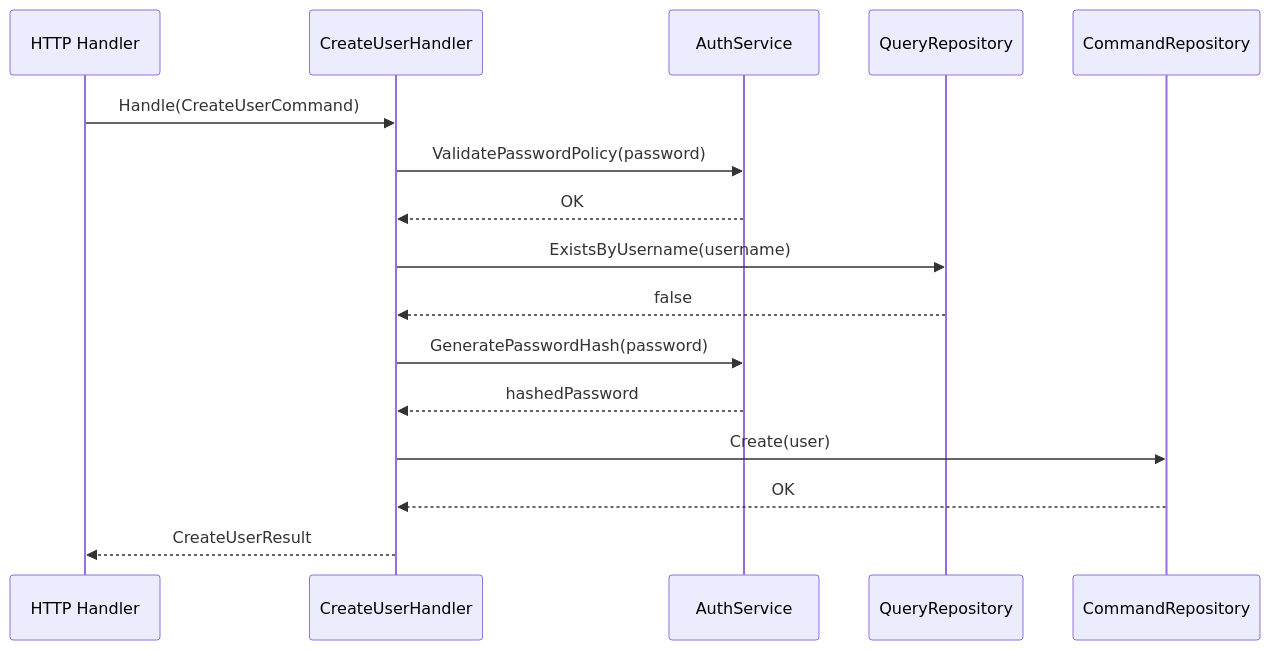
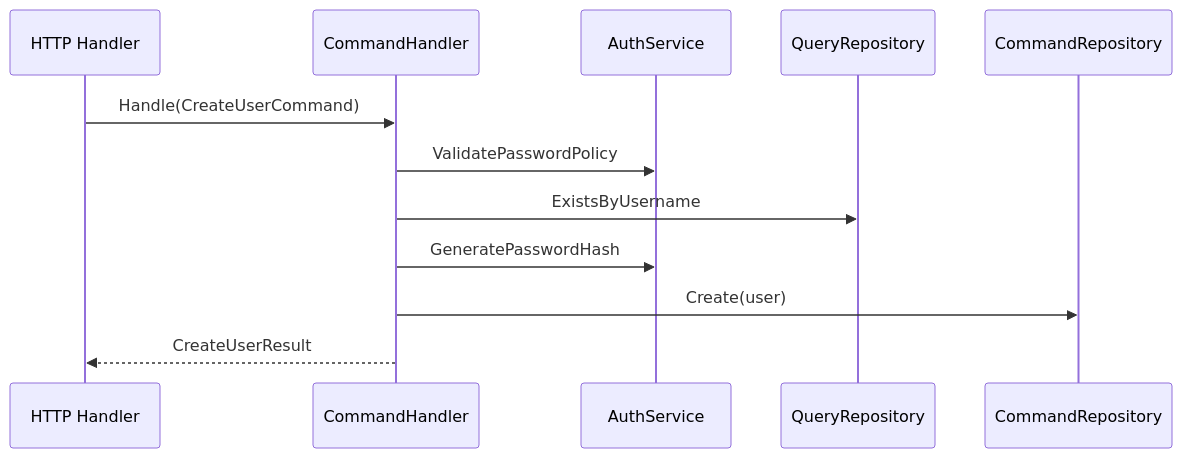
The second of 2 diagrams in docs/content/architecture/ddd-cqrs.md (lwmacct/251117-go-ddd-template), drawn with Mermaid before and after one commit. The commit also changed other lines of this file and 50 other files, not shown here.

````diff
--- a/docs/content/architecture/ddd-cqrs.md
+++ b/docs/content/architecture/ddd-cqrs.md
@@ -236,19 +55,15 @@
 ```mermaid
 sequenceDiagram
     participant HTTP as HTTP Handler
-    participant CH as CreateUserHandler
+    participant CH as CommandHandler
     participant AS as AuthService
     participant QR as QueryRepository
     participant CR as CommandRepository
 
     HTTP->>CH: Handle(CreateUserCommand)
-    CH->>AS: ValidatePasswordPolicy(password)
-    AS-->>CH: OK
-    CH->>QR: ExistsByUsername(username)
-    QR-->>CH: false
-    CH->>AS: GeneratePasswordHash(password)
-    AS-->>CH: hashedPassword
+    CH->>AS: ValidatePasswordPolicy
+    CH->>QR: ExistsByUsername
+    CH->>AS: GeneratePasswordHash
     CH->>CR: Create(user)
-    CR-->>CH: OK
     CH-->>HTTP: CreateUserResult
 ```
````
